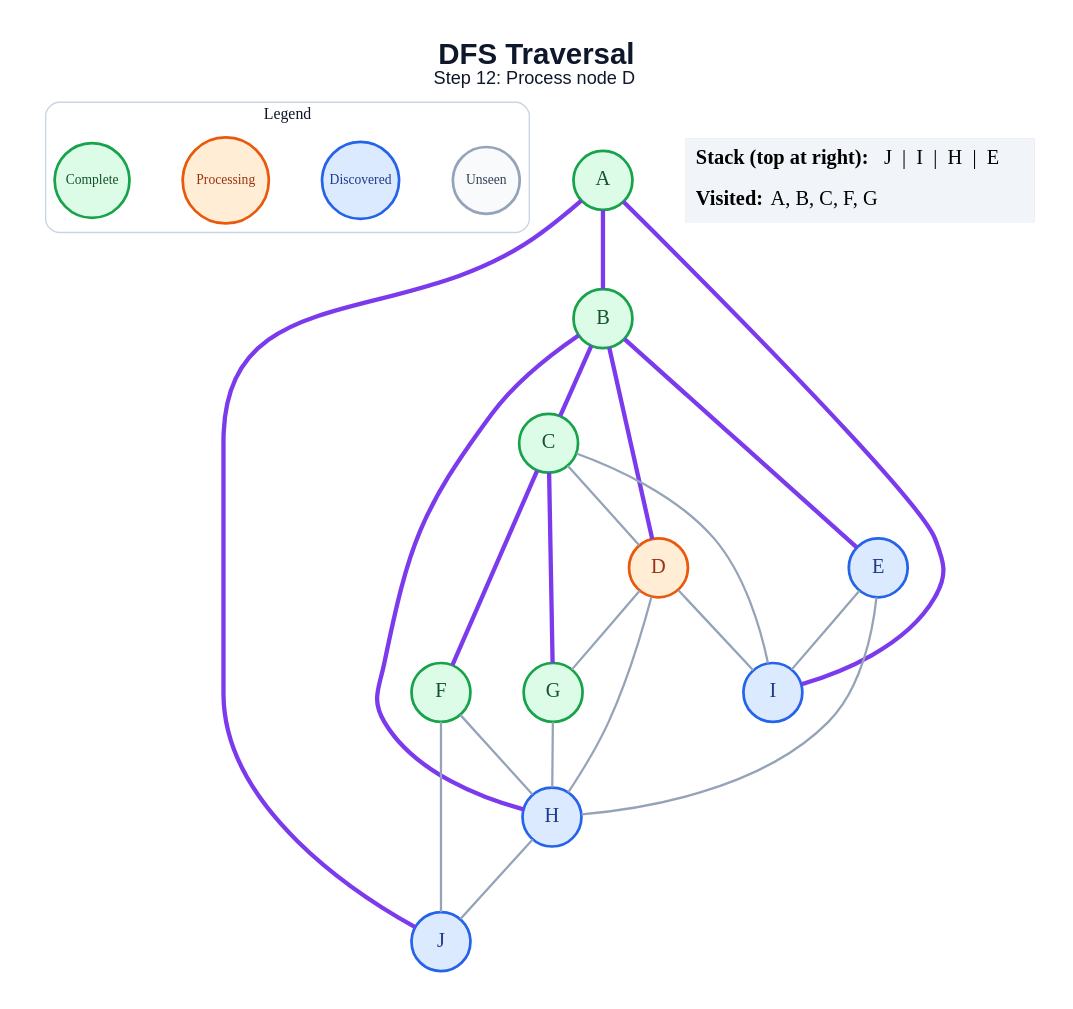
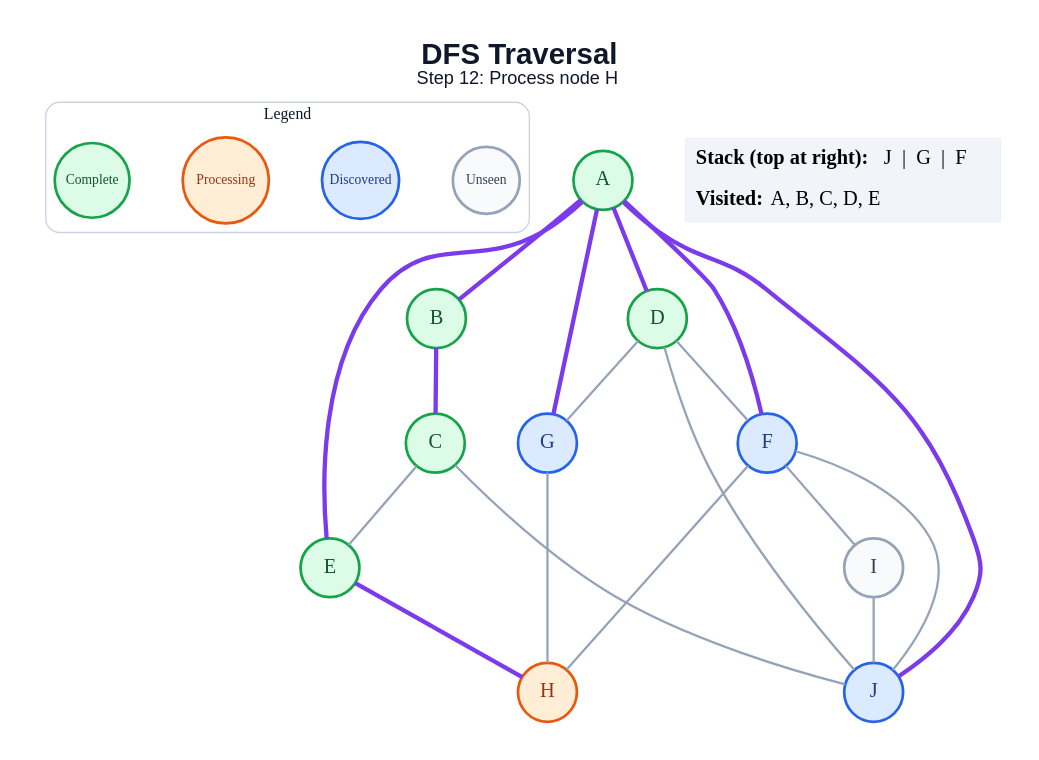
The diagram in generated/dfs/step_12.dot (amanghodawala9/ai-slop), drawn with Graphviz before and after one commit. The commit also changed 178 other files, not shown here.

```diff
--- a/generated/dfs/step_12.dot
+++ b/generated/dfs/step_12.dot
@@ -1,49 +1,47 @@
 graph traversal {
   graph [layout=dot, rankdir=TB, bgcolor="#FFFFFF", pad="0.35", nodesep="0.65", ranksep="0.8", fontname="Arial"];
   node [shape=circle, style="filled", fontname="Arial Bold", fontsize=18, width=0.72, fixedsize=true, penwidth=2.4];
   edge [color="#94A3B8", penwidth=2.0];
-  label=<<B>DFS Traversal</B><BR/><FONT POINT-SIZE="16">Step 12: Process node D</FONT>>; labelloc="t"; fontsize=26; fontname="Arial"; fontcolor="#0F172A";
+  label=<<B>DFS Traversal</B><BR/><FONT POINT-SIZE="16">Step 12: Process node H</FONT>>; labelloc="t"; fontsize=26; fontname="Arial"; fontcolor="#0F172A";
   subgraph cluster_legend { label="Legend"; color="#CBD5E1"; penwidth=1.2; style="rounded"; fontsize=14; fontname="Arial Bold";
     key_unseen [label="Unseen", fillcolor="#F8FAFC", color="#94A3B8", fontcolor="#334155", fontsize=12, width=0.82];
     key_frontier [label="Discovered", fillcolor="#DBEAFE", color="#2563EB", fontcolor="#1E3A8A", fontsize=12, width=0.95];
     key_current [label="Processing", fillcolor="#FFEDD5", color="#EA580C", fontcolor="#9A3412", fontsize=12, width=1.05];
     key_done [label="Complete", fillcolor="#DCFCE7", color="#16A34A", fontcolor="#14532D", fontsize=12, width=0.92];
     { rank=same; key_unseen; key_frontier; key_current; key_done; }
   }
   A [fillcolor="#DCFCE7", color="#16A34A", fontcolor="#14532D"];
   B [fillcolor="#DCFCE7", color="#16A34A", fontcolor="#14532D"];
   C [fillcolor="#DCFCE7", color="#16A34A", fontcolor="#14532D"];
-  D [fillcolor="#FFEDD5", color="#EA580C", fontcolor="#9A3412"];
-  E [fillcolor="#DBEAFE", color="#2563EB", fontcolor="#1E3A8A"];
-  F [fillcolor="#DCFCE7", color="#16A34A", fontcolor="#14532D"];
-  G [fillcolor="#DCFCE7", color="#16A34A", fontcolor="#14532D"];
-  H [fillcolor="#DBEAFE", color="#2563EB", fontcolor="#1E3A8A"];
-  I [fillcolor="#DBEAFE", color="#2563EB", fontcolor="#1E3A8A"];
+  D [fillcolor="#DCFCE7", color="#16A34A", fontcolor="#14532D"];
+  E [fillcolor="#DCFCE7", color="#16A34A", fontcolor="#14532D"];
+  F [fillcolor="#DBEAFE", color="#2563EB", fontcolor="#1E3A8A"];
+  G [fillcolor="#DBEAFE", color="#2563EB", fontcolor="#1E3A8A"];
+  H [fillcolor="#FFEDD5", color="#EA580C", fontcolor="#9A3412"];
+  I [fillcolor="#F8FAFC", color="#94A3B8", fontcolor="#334155"];
   J [fillcolor="#DBEAFE", color="#2563EB", fontcolor="#1E3A8A"];
   A -- B [color="#7C3AED", penwidth=3.8];
-  A -- I [color="#7C3AED", penwidth=3.8];
+  A -- D [color="#7C3AED", penwidth=3.8];
+  A -- E [color="#7C3AED", penwidth=3.8];
+  A -- F [color="#7C3AED", penwidth=3.8];
+  A -- G [color="#7C3AED", penwidth=3.8];
   A -- J [color="#7C3AED", penwidth=3.8];
   B -- C [color="#7C3AED", penwidth=3.8];
-  B -- D [color="#7C3AED", penwidth=3.8];
-  B -- E [color="#7C3AED", penwidth=3.8];
-  B -- H [color="#7C3AED", penwidth=3.8];
-  C -- D;
-  C -- F [color="#7C3AED", penwidth=3.8];
-  C -- G [color="#7C3AED", penwidth=3.8];
-  C -- I;
+  C -- E;
+  C -- J;
+  D -- F;
   D -- G;
-  D -- H;
-  D -- I;
-  E -- H;
-  E -- I;
+  D -- J;
+  E -- H [color="#7C3AED", penwidth=3.8];
   F -- H;
+  F -- I;
   F -- J;
   G -- H;
-  H -- J;
+  I -- J;
   status [shape=plain, fixedsize=false, width=0, height=0, margin=0, label=<
     <TABLE BORDER="0" CELLBORDER="0" CELLPADDING="7" BGCOLOR="#F1F5F9">
-      <TR><TD ALIGN="LEFT"><B>Stack (top at right):</B> J  |  I  |  H  |  E</TD></TR>
-      <TR><TD ALIGN="LEFT"><B>Visited:</B> A, B, C, F, G</TD></TR>
+      <TR><TD ALIGN="LEFT"><B>Stack (top at right):</B> J  |  G  |  F</TD></TR>
+      <TR><TD ALIGN="LEFT"><B>Visited:</B> A, B, C, D, E</TD></TR>
     </TABLE>
   >];
 }
```
